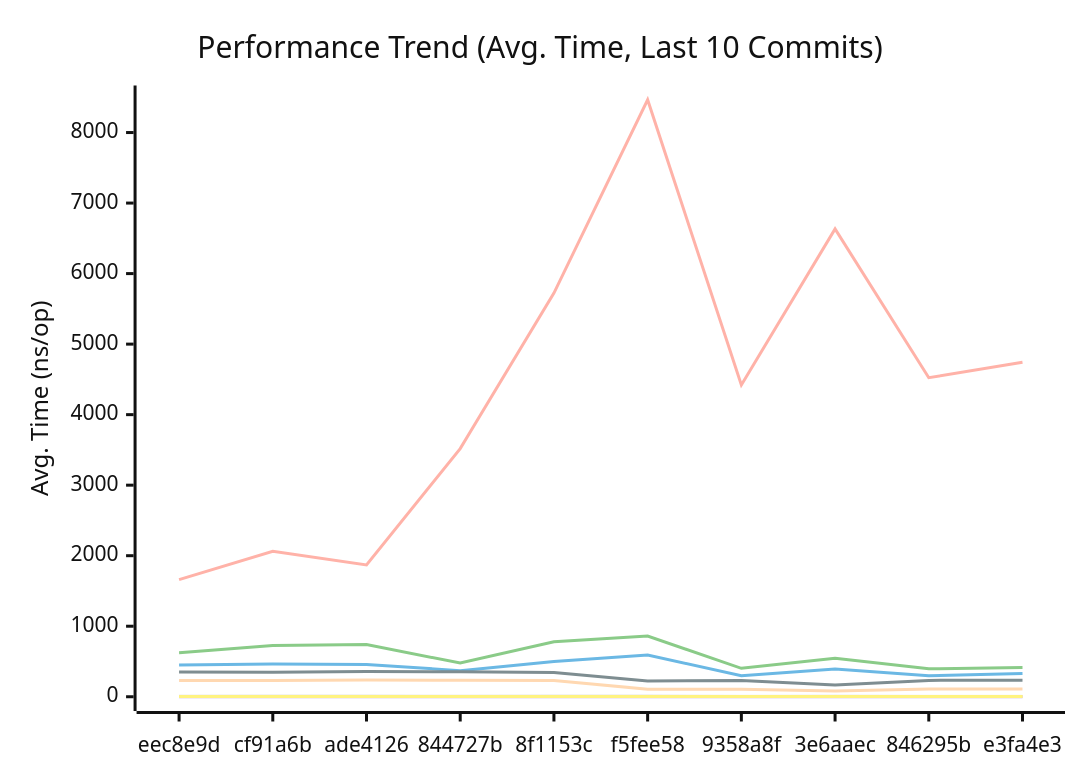
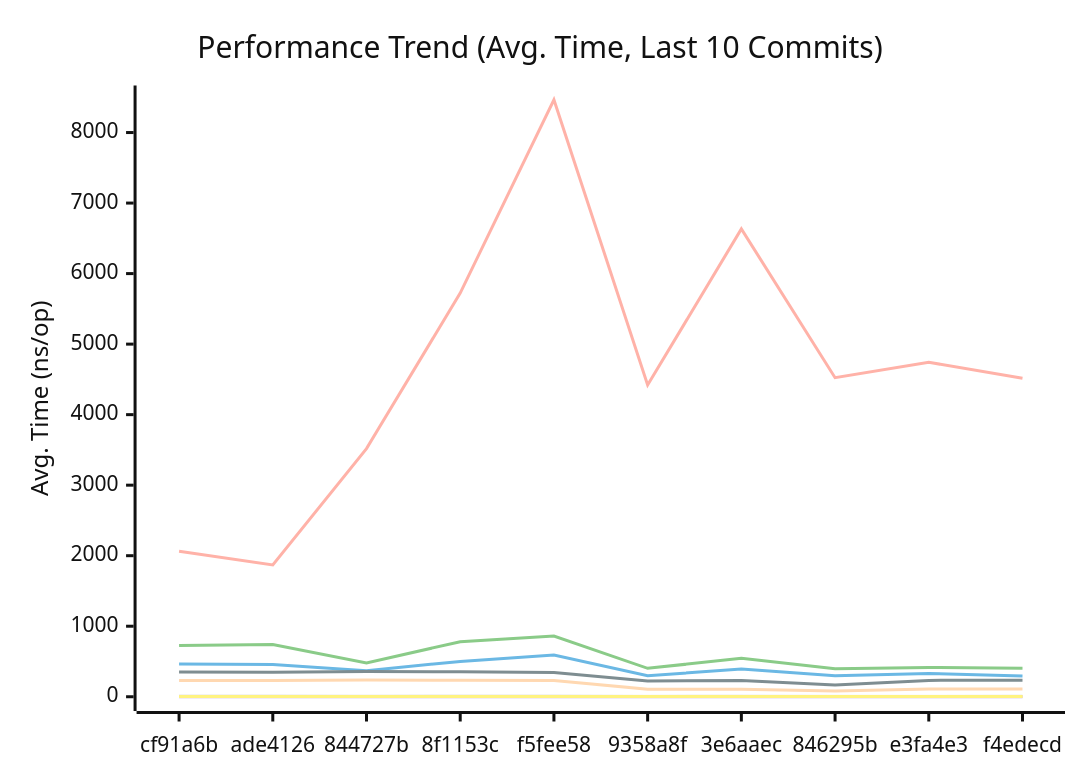
One commit to alsotoes/momo changed the first of 3 diagrams in docs/PERFORMANCE.md. Above: the diagram before and after it, drawn with Mermaid (neutral theme). The commit also changed other lines of this file and 12 other files, not shown here.

````diff
--- a/docs/PERFORMANCE.md
+++ b/docs/PERFORMANCE.md
@@ -80,16 +80,16 @@
 ```mermaid
 xychart-beta
     title "Performance Trend (Avg. Time, Last 10 Commits)"
     x-axis "Commit"
     y-axis "Avg. Time (ns/op)"
-    x-axis [eec8e9d,cf91a6b,ade4126,844727b,8f1153c,f5fee58,9358a8f,3e6aaec,846295b,e3fa4e3]
-    line "CheckMetricsAndSwap" [11,15,13,10,15,14,8,11,8,8]
-    line "CrushOptimized" [449,463,458,370,501,592,298,393,297,329]
-    line "CrushOriginal" [624,726,740,478,781,860,403,545,396,415]
-    line "IndexDirectTracking" [0,1,1,0,1,1,0,0,0,0]
-    line "IndexSearch" [2,2,2,2,3,3,2,2,2,2]
-    line "LoadGlobalConfig" [1661,2063,1870,3519,5724,8465,4420,6633,4524,4742]
-    line "PadString" [3,3,3,2,3,3,2,3,2,2]
+    x-axis [cf91a6b,ade4126,844727b,8f1153c,f5fee58,9358a8f,3e6aaec,846295b,e3fa4e3,f4edecd]
+    line "CheckMetricsAndSwap" [15,13,10,15,14,8,11,8,8,9]
+    line "CrushOptimized" [463,458,370,501,592,298,393,297,329,295]
+    line "CrushOriginal" [726,740,478,781,860,403,545,396,415,403]
+    line "IndexDirectTracking" [1,1,0,1,1,0,0,0,0,0]
+    line "IndexSearch" [2,2,2,3,3,2,2,2,2,2]
+    line "LoadGlobalConfig" [2063,1870,3519,5724,8465,4420,6633,4524,4742,4516]
+    line "PadString" [3,3,2,3,3,2,3,2,2,2]
     line "ParseReplicationOrder_NoPrealloc" [350,349,357,354,345,225,229,165,232,234]
     line "ParseReplicationOrder_Prealloc" [229,231,237,234,229,108,107,80,110,109]
 ```
````
